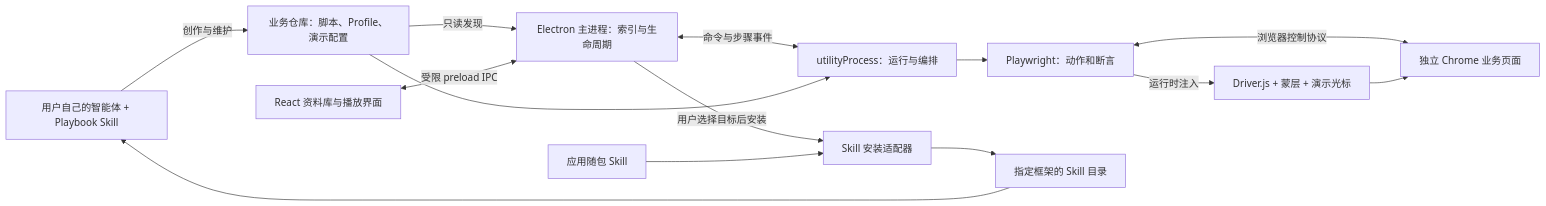
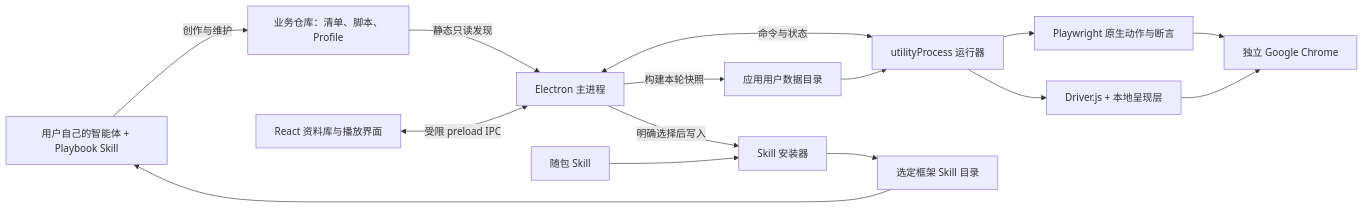
One commit to jakara/playbook changed the first of 2 diagrams in docs/architecture.md. Above: the diagram before and after it, drawn with Mermaid. The commit also changed other lines of this file and 34 other files, not shown here.

````diff
--- a/docs/architecture.md
+++ b/docs/architecture.md
@@ -7,16 +7,17 @@
 ```mermaid
 flowchart LR
-  Agent[用户自己的智能体 + Playbook Skill] -->|创作与维护| Assets[业务仓库：脚本、Profile、演示配置]
-  Assets -->|只读发现| Main[Electron 主进程：索引与生命周期]
+  Agent[用户自己的智能体 + Playbook Skill] -->|创作与维护| Assets[业务仓库：清单、脚本、Profile]
+  Assets -->|静态只读发现| Main[Electron 主进程]
   UI[React 资料库与播放界面] <-->|受限 preload IPC| Main
-  Main <-->|命令与步骤事件| Runner[utilityProcess：运行与编排]
-  Assets --> Runner
-  Runner --> PW[Playwright：动作和断言]
-  PW <-->|浏览器控制协议| Chrome[独立 Chrome 业务页面]
-  PW -->|运行时注入| Guide[Driver.js + 蒙层 + 演示光标]
+  Main -->|构建本轮快照| Cache[应用用户数据目录]
+  Main <-->|命令与状态| Runner[utilityProcess 运行器]
+  Cache --> Runner
+  Runner --> PW[Playwright 原生动作与断言]
+  PW --> Chrome[独立 Google Chrome]
+  Runner --> Guide[Driver.js + 本地呈现层]
   Guide --> Chrome
-  Main -->|用户选择目标后安装| Installer[Skill 安装适配器]
-  Bundle[应用随包 Skill] --> Installer
-  Installer --> AgentDir[指定框架的 Skill 目录]
+  Main -->|明确选择后写入| Installer[Skill 安装器]
+  Bundle[随包 Skill] --> Installer
+  Installer --> AgentDir[选定框架 Skill 目录]
   AgentDir --> Agent
 ```
````
